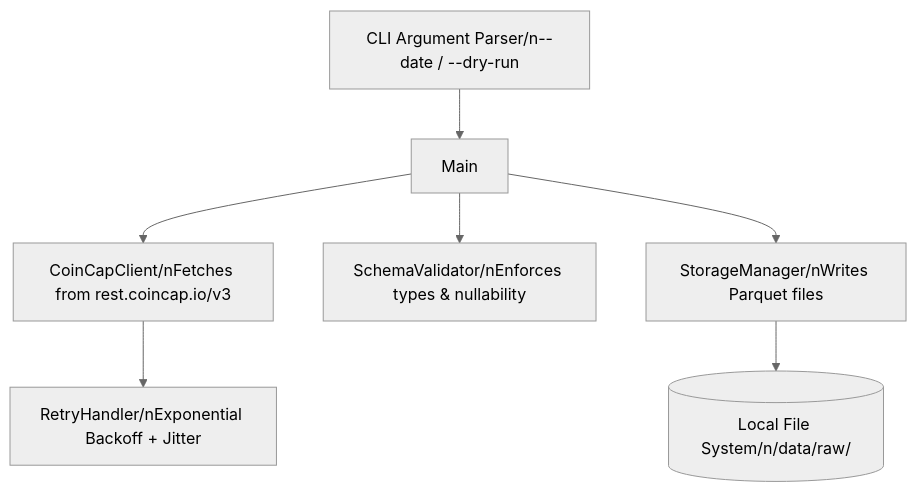
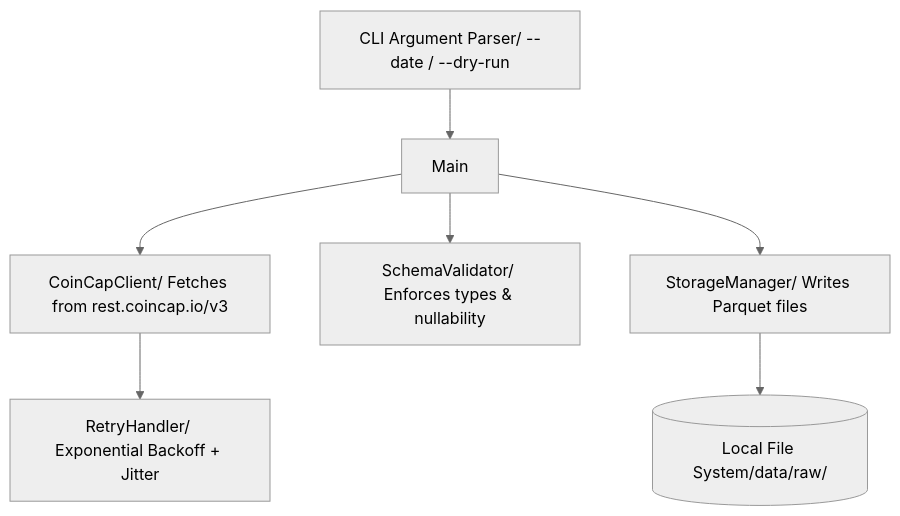
The diagram in README_phase1.md (asitm55/Crypto-Market-Data-Pipeline), drawn with Mermaid (neutral theme) before and after one commit.

Commit message:
Fix formatting in architecture diagram section
Updated architecture diagram in README to improve clarity.

````diff
--- a/README_phase1.md
+++ b/README_phase1.md
@@ -9,13 +9,13 @@
 ```mermaid
 flowchart TD
-    CLI[CLI Argument Parser/n--date / --dry-run] --> Main
+    CLI[CLI Argument Parser/ --date / --dry-run] --> Main
     
-    Main --> Client[CoinCapClient/nFetches from rest.coincap.io/v3]
-    Client --> Retry[RetryHandler/nExponential Backoff + Jitter]
+    Main --> Client[CoinCapClient/ Fetches from rest.coincap.io/v3]
+    Client --> Retry[RetryHandler/ Exponential Backoff + Jitter]
     
-    Main --> Val[SchemaValidator/nEnforces types & nullability]
+    Main --> Val[SchemaValidator/ Enforces types & nullability]
     
-    Main --> Storage[StorageManager/nWrites Parquet files]
+    Main --> Storage[StorageManager/ Writes Parquet files]
     
-    Storage --> Disk[(Local File System/n/data/raw/)]
+    Storage --> Disk[(Local File System/data/raw/)]
 ```
````
